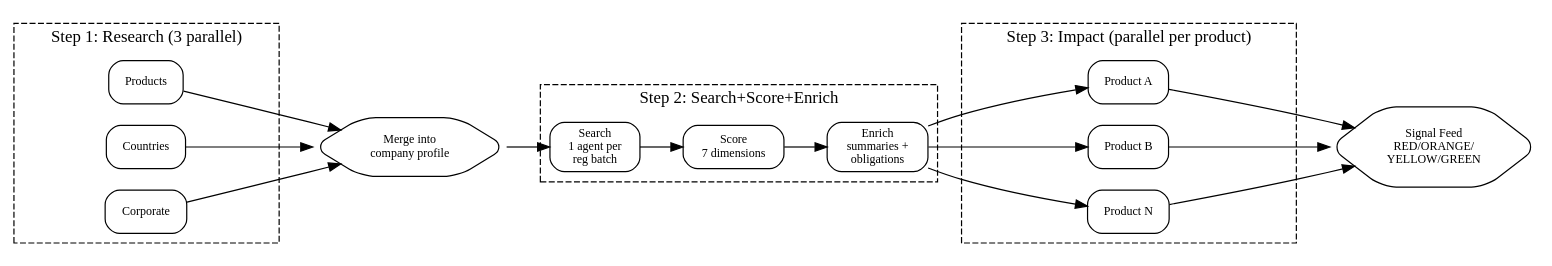
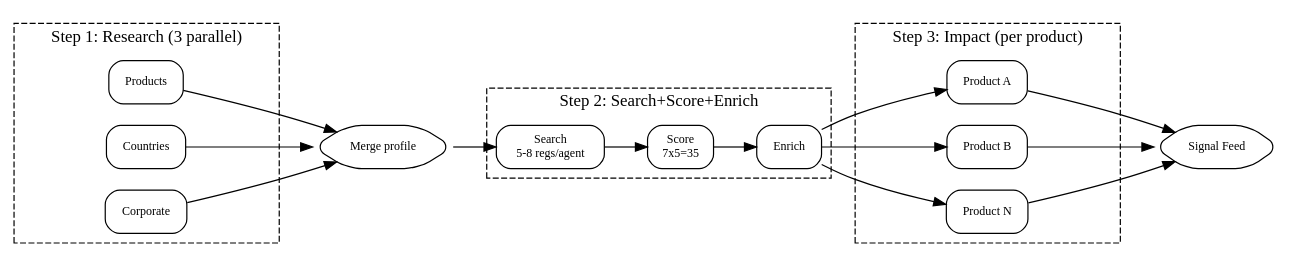
Before and after one commit to Cleo-Labs-IA/skills_library: the diagram in skills/compliance-pipeline/SKILL.md, drawn with Graphviz. The commit also changed other lines of this file and 14 other files, not shown here.

````diff
--- a/skills/compliance-pipeline/SKILL.md
+++ b/skills/compliance-pipeline/SKILL.md
@@ -12,25 +12,22 @@
 ```dot
 digraph {
   rankdir=LR; node [shape=box style=rounded fontsize=10];
   subgraph cluster_s1 {
     label="Step 1: Research (3 parallel)"; style=dashed;
     p1 [label="Products"]; p2 [label="Countries"]; p3 [label="Corporate"];
   }
-  merge [label="Merge into\ncompany profile" shape=hexagon];
+  merge [label="Merge profile" shape=hexagon];
   subgraph cluster_s2 {
     label="Step 2: Search+Score+Enrich"; style=dashed;
-    s [label="Search\n1 agent per\nreg batch"];
-    sc [label="Score\n7 dimensions"];
-    en [label="Enrich\nsummaries +\nobligations"];
+    s [label="Search\n5-8 regs/agent"]; sc [label="Score\n7x5=35"]; en [label="Enrich"];
   }
   subgraph cluster_s3 {
-    label="Step 3: Impact (parallel per product)"; style=dashed;
+    label="Step 3: Impact (per product)"; style=dashed;
     i1 [label="Product A"]; i2 [label="Product B"]; i3 [label="Product N"];
   }
-  out [label="Signal Feed\nRED/ORANGE/\nYELLOW/GREEN" shape=hexagon];
+  out [label="Signal Feed" shape=hexagon];
   p1 -> merge; p2 -> merge; p3 -> merge;
-  merge -> s -> sc -> en;
-  en -> i1; en -> i2; en -> i3;
+  merge -> s -> sc -> en; en -> i1; en -> i2; en -> i3;
   i1 -> out; i2 -> out; i3 -> out;
 }
 ```
````
